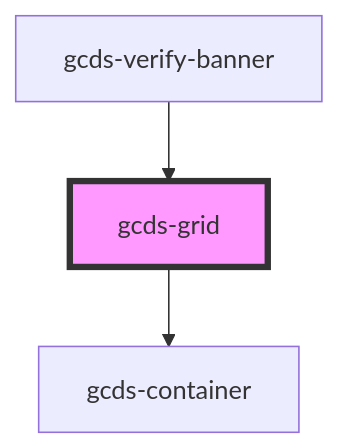
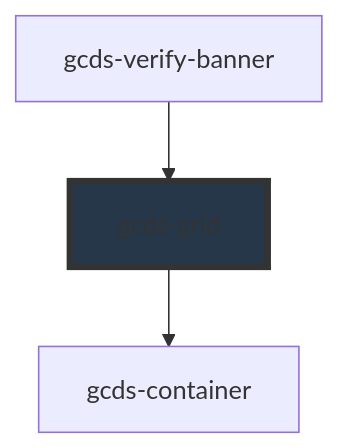
One commit to cds-snc/gcds-components changed the diagram in packages/web/src/components/gcds-grid/readme.md. Above: the diagram before and after it, drawn with Mermaid. The commit also changed other lines of this file and 44 other files, not shown here.

````diff
--- a/packages/web/src/components/gcds-grid/readme.md
+++ b/packages/web/src/components/gcds-grid/readme.md
@@ -42,6 +49,6 @@
 ```mermaid
 graph TD;
   gcds-grid --> gcds-container
   gcds-verify-banner --> gcds-grid
-  style gcds-grid fill:#f9f,stroke:#333,stroke-width:4px
+  style gcds-grid fill:#26374a,stroke:#333,stroke-width:4px
 ```
````
